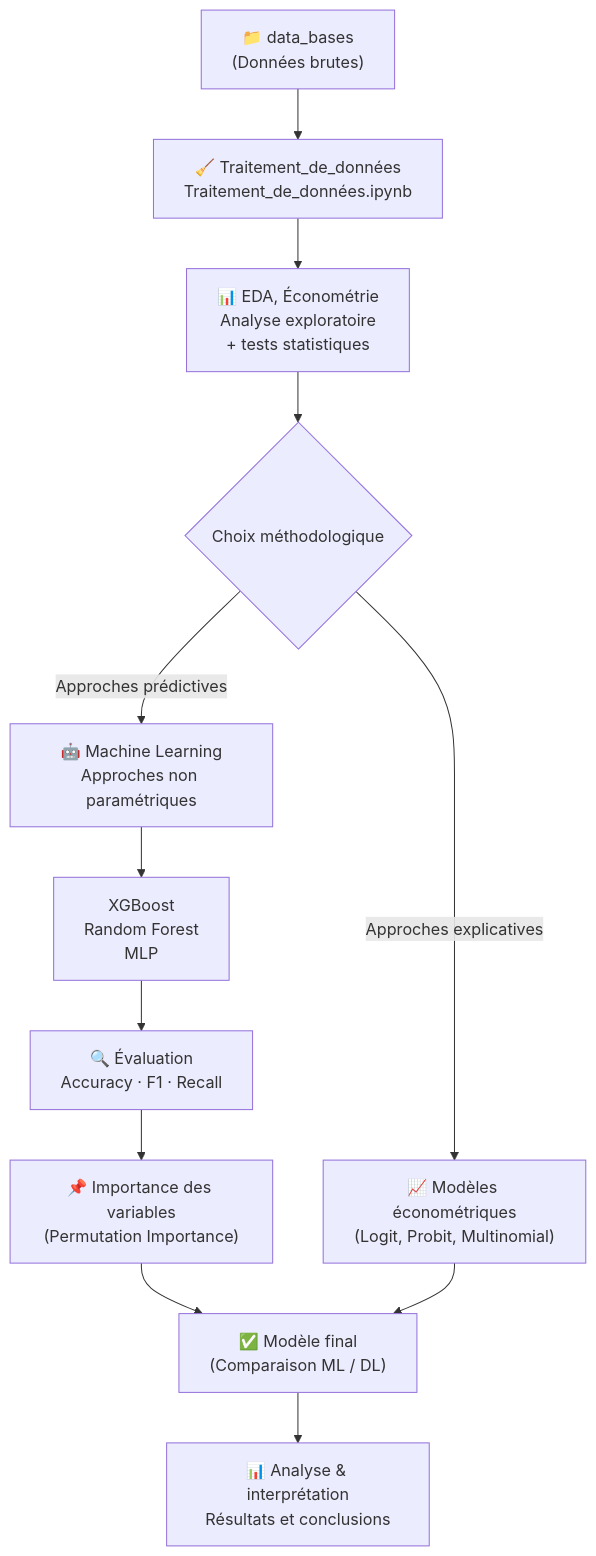
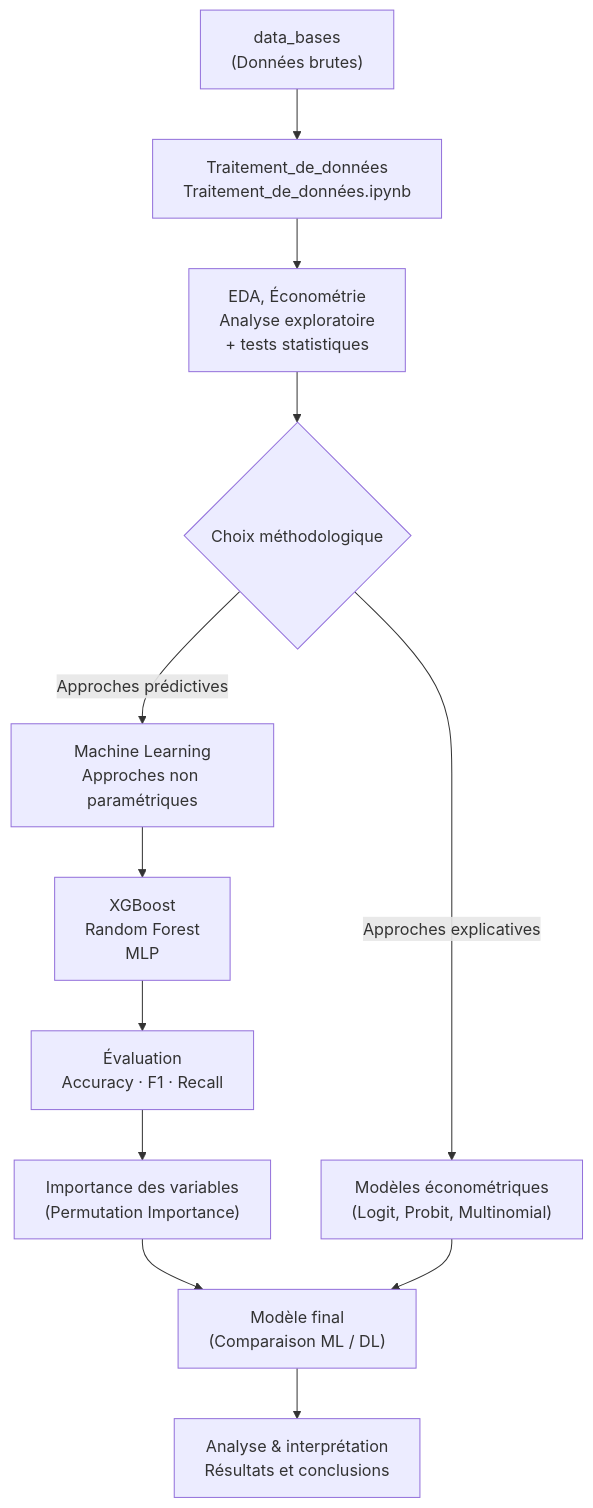
Before and after one commit to gekkouadio-star/Accidents-de-la-circulation: the diagram in README.md, drawn with Mermaid. The commit also changed other lines of this file, not shown here.

Commit message:
ajoute final

````diff
--- a/README.md
+++ b/README.md
@@ -23,35 +23,35 @@
 ```mermaid
 flowchart TB
 
-A["📁 data_bases<br>(Données brutes)"]
-B["🧹 Traitement_de_données<br>Traitement_de_données.ipynb"]
-C["📊 EDA, Économétrie<br>Analyse exploratoire<br>+ tests statistiques"]
+A["data_bases<br>(Données brutes)"]
+B["Traitement_de_données<br>Traitement_de_données.ipynb"]
+C["EDA, Économétrie<br>Analyse exploratoire<br>+ tests statistiques"]
 D{"Choix méthodologique"}
 
 %% Branche ML
-E["🤖 Machine Learning<br>Approches non paramétriques"]
+E["Machine Learning<br>Approches non paramétriques"]
 F["XGBoost<br>Random Forest<br>MLP"]
-G["🔍 Évaluation<br>Accuracy · F1 · Recall"]
-H["📌 Importance des variables<br>(Permutation Importance)"]
+G["Évaluation<br>Accuracy · F1 · Recall"]
+H["Importance des variables<br>(Permutation Importance)"]
 
 %% Branche économétrie
-I["📈 Modèles économétriques<br>(Logit, Probit, Multinomial)"]
+I["Modèles économétriques<br>(Logit, Probit, Multinomial)"]
 
-J["✅ Modèle final<br>(Comparaison ML / DL)"]
-K["📊 Analyse & interprétation<br>Résultats et conclusions"]
+J["Modèle final<br>(Comparaison ML / DL)"]
+K["Analyse & interprétation<br>Résultats et conclusions"]
 
 A --> B
 B --> C
 C --> D
 
 D -->|Approches prédictives| E
 E --> F
 F --> G
 G --> H
 H --> J
 
 D -->|Approches explicatives| I
 I --> J
 
 J --> K
 ```
````
